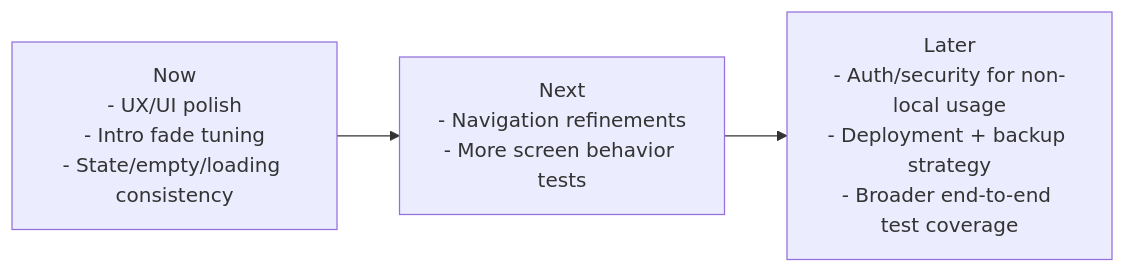
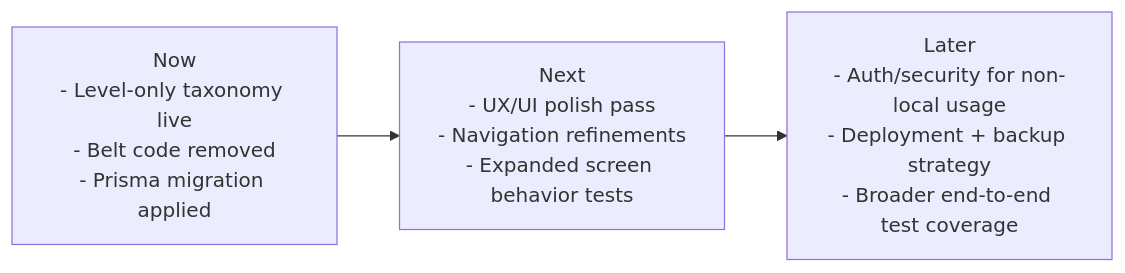
Before and after one commit to rm-jordan/rolltrack: the fourth of 5 diagrams in README.md, drawn with Mermaid. The commit also changed other lines of this file, not shown here.

````diff
--- a/README.md
+++ b/README.md
@@ -108,4 +118,4 @@
 ```mermaid
 flowchart LR
-  Now["Now<br/>- UX/UI polish<br/>- Intro fade tuning<br/>- State/empty/loading consistency"] --> Next["Next<br/>- Navigation refinements<br/>- More screen behavior tests"] --> Later["Later<br/>- Auth/security for non-local usage<br/>- Deployment + backup strategy<br/>- Broader end-to-end test coverage"]
+  Now["Now<br/>- Level-only taxonomy live<br/>- Belt code removed<br/>- Prisma migration applied"] --> Next["Next<br/>- UX/UI polish pass<br/>- Navigation refinements<br/>- Expanded screen behavior tests"] --> Later["Later<br/>- Auth/security for non-local usage<br/>- Deployment + backup strategy<br/>- Broader end-to-end test coverage"]
 ```
````
